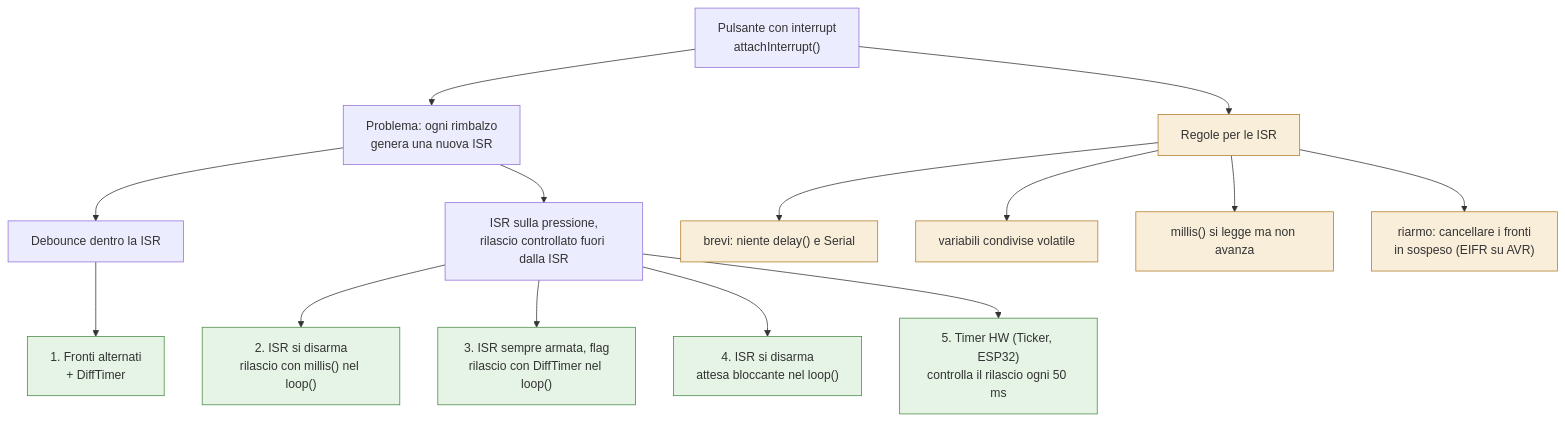
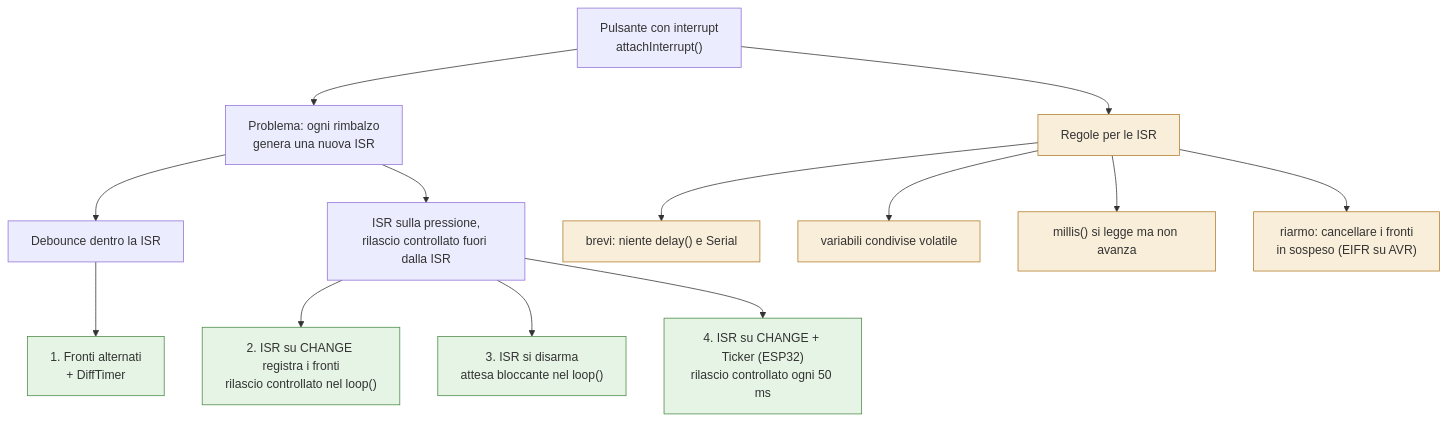
The diagram in pulsanti-interrupt.md (sebastianomelita/ArduinoBareMetal), drawn with Mermaid before and after one commit. The commit also changed other lines of this file and 5 other files, not shown here.

````diff
--- a/pulsanti-interrupt.md
+++ b/pulsanti-interrupt.md
@@ -25,20 +25,19 @@
 ```mermaid
 flowchart TD
     C["Pulsante con interrupt<br/>attachInterrupt()"] --> D["Problema: ogni rimbalzo<br/>genera una nuova ISR"]
     C --> R["Regole per le ISR"]
     D --> G1["Debounce dentro la ISR"]
     D --> L["ISR sulla pressione,<br/>rilascio controllato fuori dalla ISR"]
     G1 --> T1["1. Fronti alternati<br/>+ DiffTimer"]
-    L --> T2["2. ISR si disarma<br/>rilascio con millis() nel loop()"]
-    L --> T3["3. ISR sempre armata, flag<br/>rilascio con DiffTimer nel loop()"]
-    L --> T4["4. ISR si disarma<br/>attesa bloccante nel loop()"]
-    L --> T5["5. Timer HW (Ticker, ESP32)<br/>controlla il rilascio ogni 50 ms"]
+    L --> T2["2. ISR su CHANGE registra i fronti<br/>rilascio controllato nel loop()"]
+    L --> T3["3. ISR si disarma<br/>attesa bloccante nel loop()"]
+    L --> T4["4. ISR su CHANGE + Ticker (ESP32)<br/>rilascio controllato ogni 50 ms"]
     R --> R1["brevi: niente delay() e Serial"]
     R --> R2["variabili condivise volatile"]
     R --> R3["millis() si legge ma non avanza"]
     R --> R4["riarmo: cancellare i fronti<br/>in sospeso (EIFR su AVR)"]
     classDef tecnica fill:#e5f4e4,stroke:#4a8a46
     classDef regola fill:#f9eeda,stroke:#b07d2b
-    class T1,T2,T3,T4,T5 tecnica
+    class T1,T2,T3,T4 tecnica
     class R,R1,R2,R3,R4 regola
 ```
````
